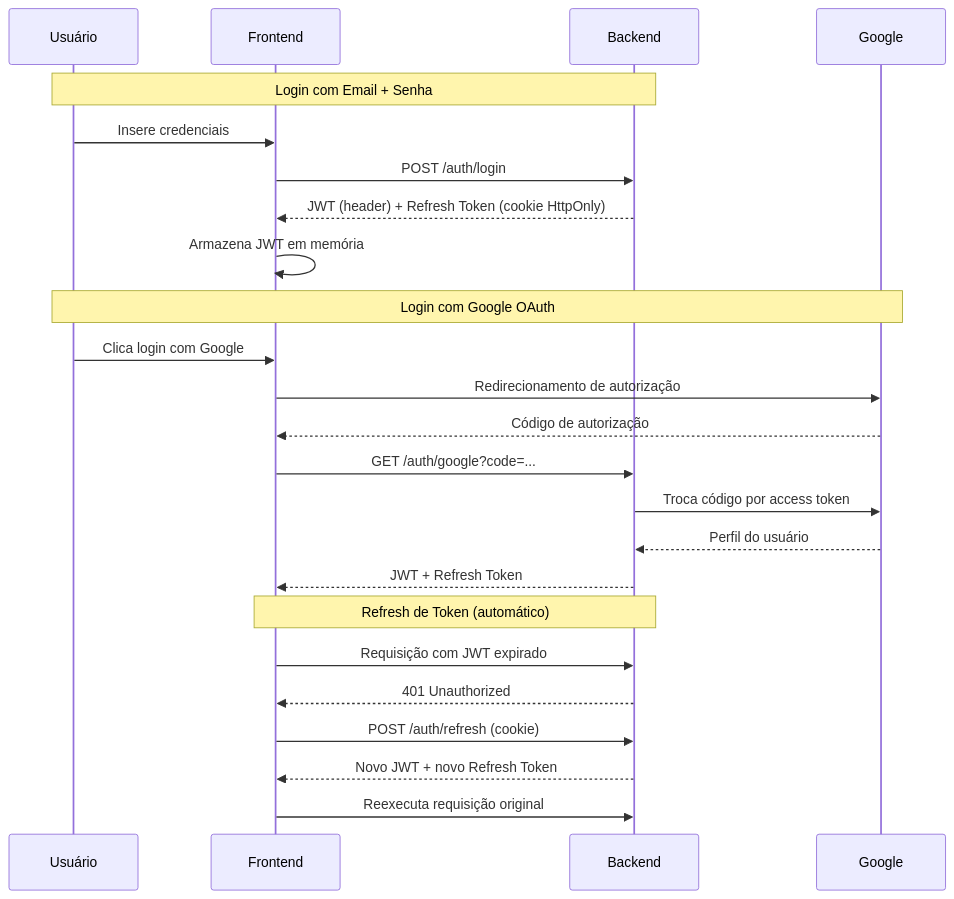
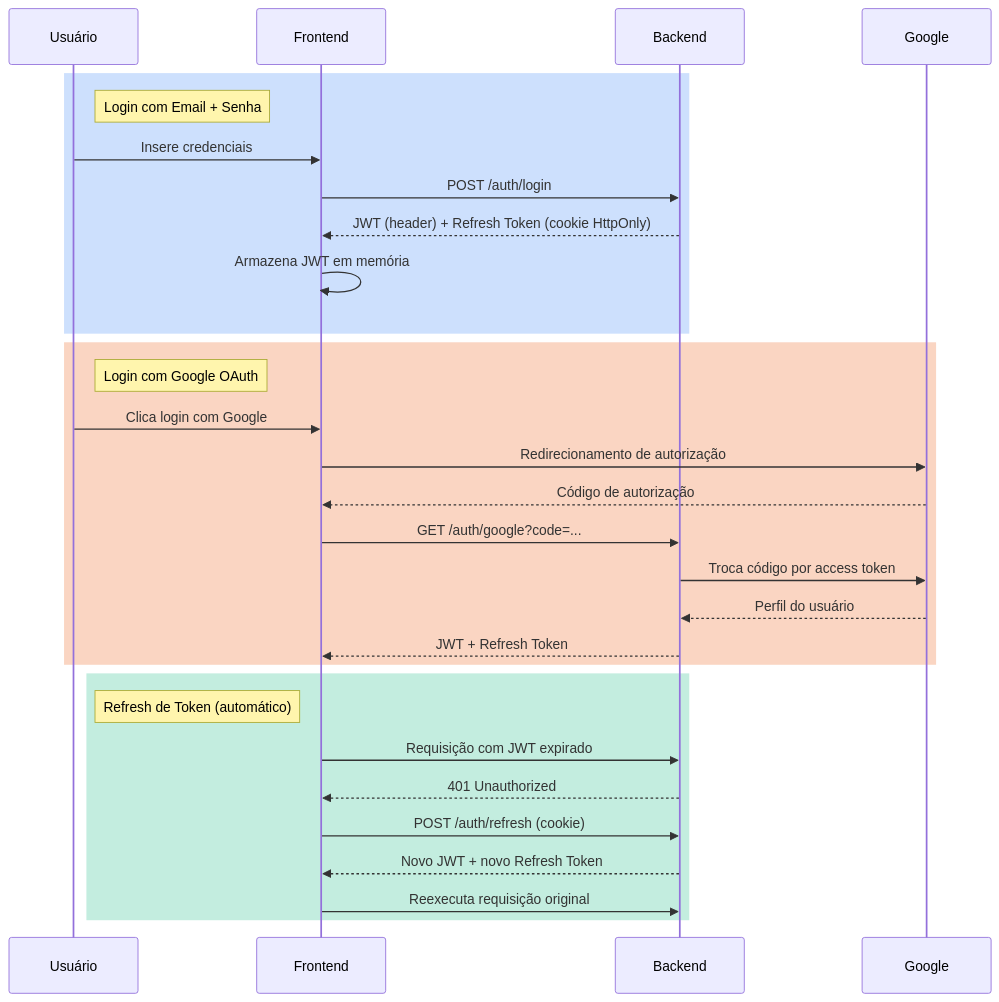
The third of 7 diagrams in architecture/overview/pt.md (AndDev741/Beyou-docs-ui), drawn with Mermaid before and after one commit. The commit also changed other lines of this file and 1 other file, not shown here.

````diff
--- a/architecture/overview/pt.md
+++ b/architecture/overview/pt.md
@@ -75,29 +75,35 @@
 ```mermaid
 sequenceDiagram
   participant U as Usuário
   participant FE as Frontend
   participant BE as Backend
   participant GO as Google
 
-  Note over U,BE: Login com Email + Senha
+  rect rgba(59, 130, 246, 0.25)
+  Note right of U: Login com Email + Senha
   U->>FE: Insere credenciais
   FE->>BE: POST /auth/login
   BE-->>FE: JWT (header) + Refresh Token (cookie HttpOnly)
   FE->>FE: Armazena JWT em memória
+  end
 
-  Note over U,GO: Login com Google OAuth
+  rect rgba(234, 88, 12, 0.25)
+  Note right of U: Login com Google OAuth
   U->>FE: Clica login com Google
   FE->>GO: Redirecionamento de autorização
   GO-->>FE: Código de autorização
   FE->>BE: GET /auth/google?code=...
   BE->>GO: Troca código por access token
   GO-->>BE: Perfil do usuário
   BE-->>FE: JWT + Refresh Token
+  end
 
-  Note over FE,BE: Refresh de Token (automático)
+  rect rgba(16, 185, 129, 0.25)
+  Note right of U: Refresh de Token (automático)
   FE->>BE: Requisição com JWT expirado
   BE-->>FE: 401 Unauthorized
   FE->>BE: POST /auth/refresh (cookie)
   BE-->>FE: Novo JWT + novo Refresh Token
   FE->>BE: Reexecuta requisição original
+  end
 ```
````
